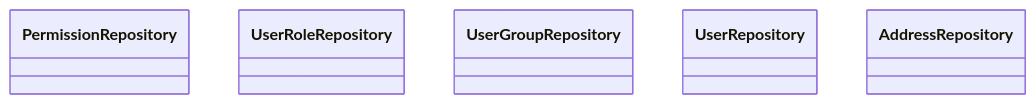
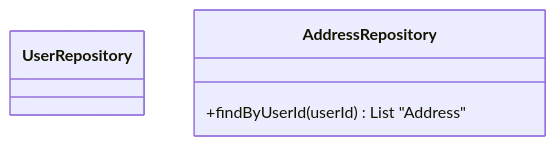
The fourth of 6 diagrams in documentation/user_management_service/user_management_service.md (fruzsina-banyai/webshop), drawn with Mermaid before and after one commit. The commit also changed other lines of this file, not shown here.

Commit message:
Update user_management_service.md to be accurate to the base of the application

````diff
--- a/documentation/user_management_service/user_management_service.md
+++ b/documentation/user_management_service/user_management_service.md
@@ -66,13 +47,8 @@
 ```mermaid
 classDiagram
-    class PermissionRepository {        
-    }
-    class UserRoleRepository {        
-    }
-    class UserGroupRepository {        
-    }
     class UserRepository {      
     }
-    class AddressRepository {        
+    class AddressRepository {
+        +findByUserId(userId) List "Address"       
     }
 ```
````
